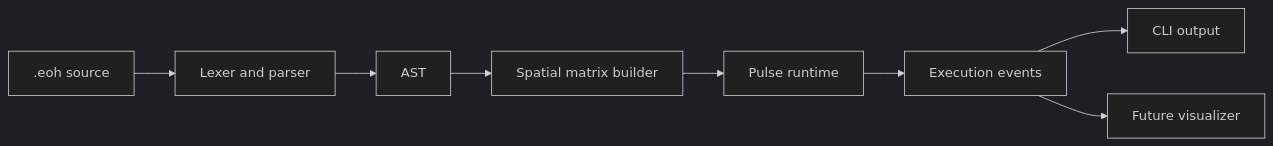
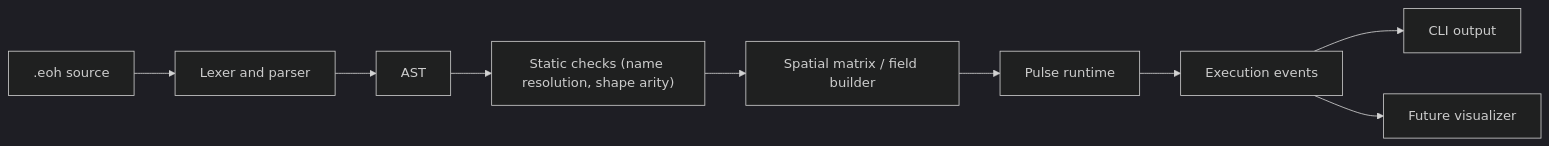
The diagram in ARCHITECTURE.md (Ciprian-LocalPulse/Eye-of-Horus), drawn with Mermaid (dark theme) before and after one commit. The commit also changed other lines of this file and 113 other files, not shown here.

````diff
--- a/ARCHITECTURE.md
+++ b/ARCHITECTURE.md
@@ -5,10 +7,11 @@
 ```mermaid
 flowchart LR
   A[".eoh source"] --> B["Lexer and parser"]
   B --> C["AST"]
-  C --> D["Spatial matrix builder"]
-  D --> E["Pulse runtime"]
-  E --> F["Execution events"]
-  F --> G["CLI output"]
-  F --> H["Future visualizer"]
+  C --> D["Static checks (name resolution, shape arity)"]
+  D --> E["Spatial matrix / field builder"]
+  E --> F["Pulse runtime"]
+  F --> G["Execution events"]
+  G --> H["CLI output"]
+  G --> I["Future visualizer"]
 ```
````
